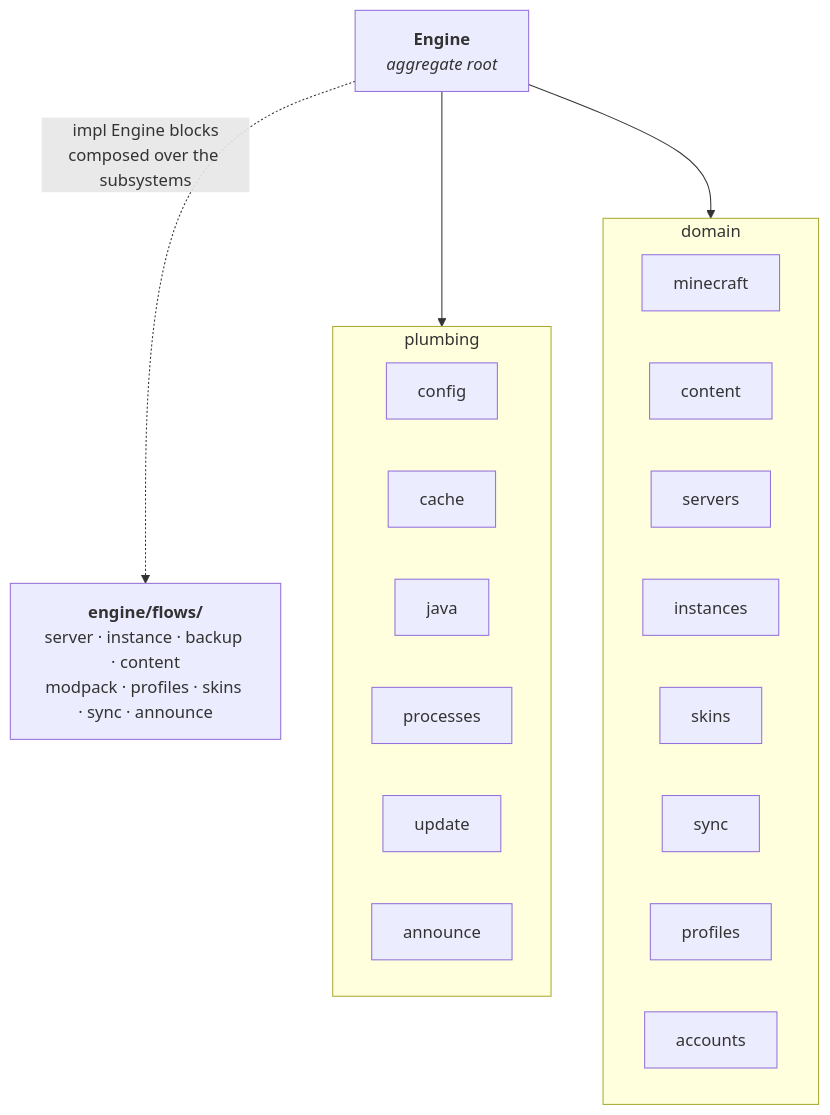
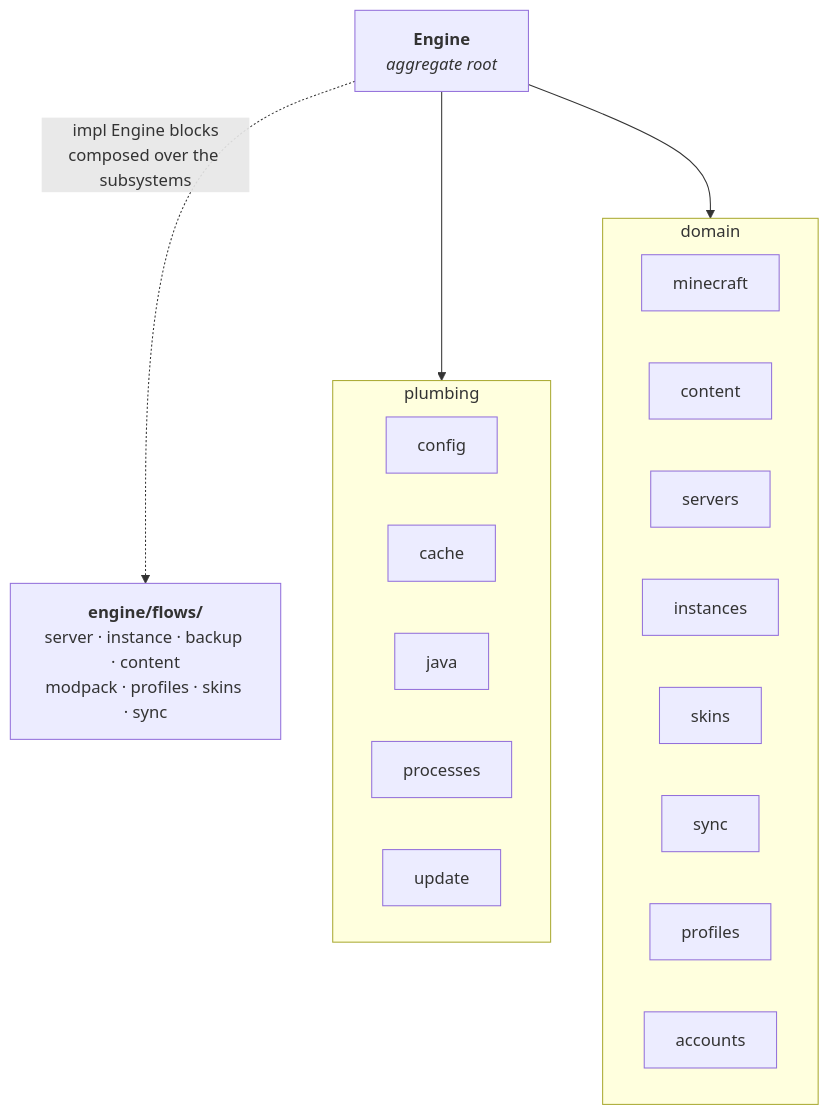
The first of 4 diagrams in docs/architecture/engine.md (toraaoo/hestia), drawn with Mermaid before and after one commit. The commit also changed other lines of this file and 100 other files, not shown here.

````diff
--- a/docs/architecture/engine.md
+++ b/docs/architecture/engine.md
@@ -21,29 +21,28 @@
 ```mermaid
 flowchart TD
     E["<b>Engine</b><br/><i>aggregate root</i>"]
 
     subgraph plumbing["plumbing"]
         CFG["config"]
         CACHE["cache"]
         JAVA["java"]
         PROC["processes"]
         UPD["update"]
-        ANN["announce"]
     end
     subgraph domain["domain"]
         MC["minecraft"]
         CONTENT["content"]
         SRV["servers"]
         INST["instances"]
         SKIN["skins"]
         SYNC["sync"]
         PROF["profiles"]
         ACC["accounts"]
     end
 
     E --> plumbing
     E --> domain
 
-    FLOWS["<b>engine/flows/</b><br/>server · instance · backup · content<br/>modpack · profiles · skins · sync · announce"]
+    FLOWS["<b>engine/flows/</b><br/>server · instance · backup · content<br/>modpack · profiles · skins · sync"]
     E -.->|"impl Engine blocks<br/>composed over the subsystems"| FLOWS
 ```
````
